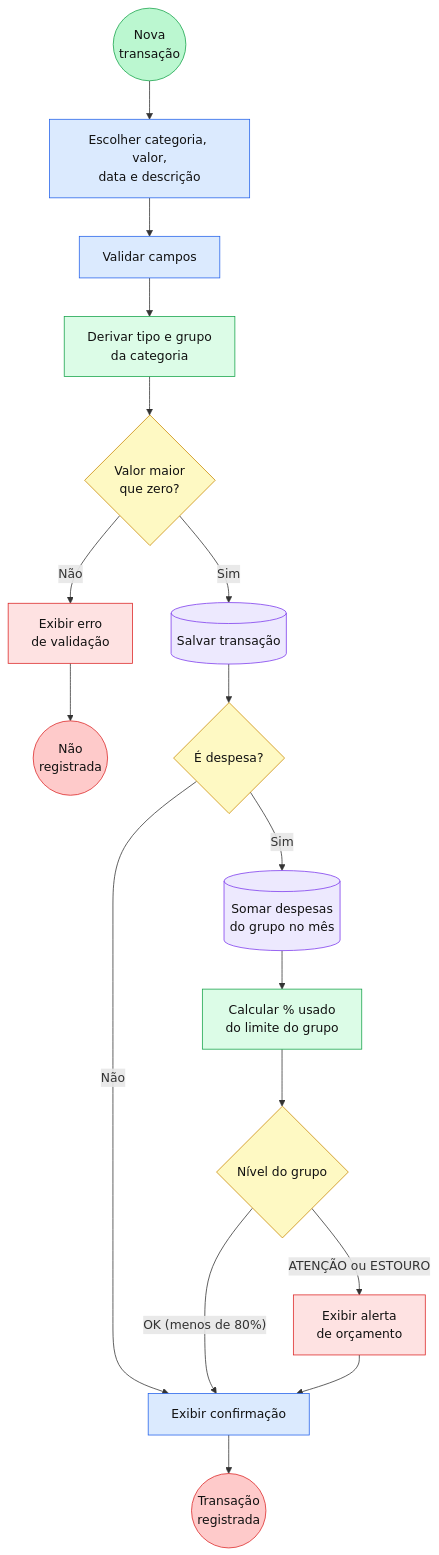
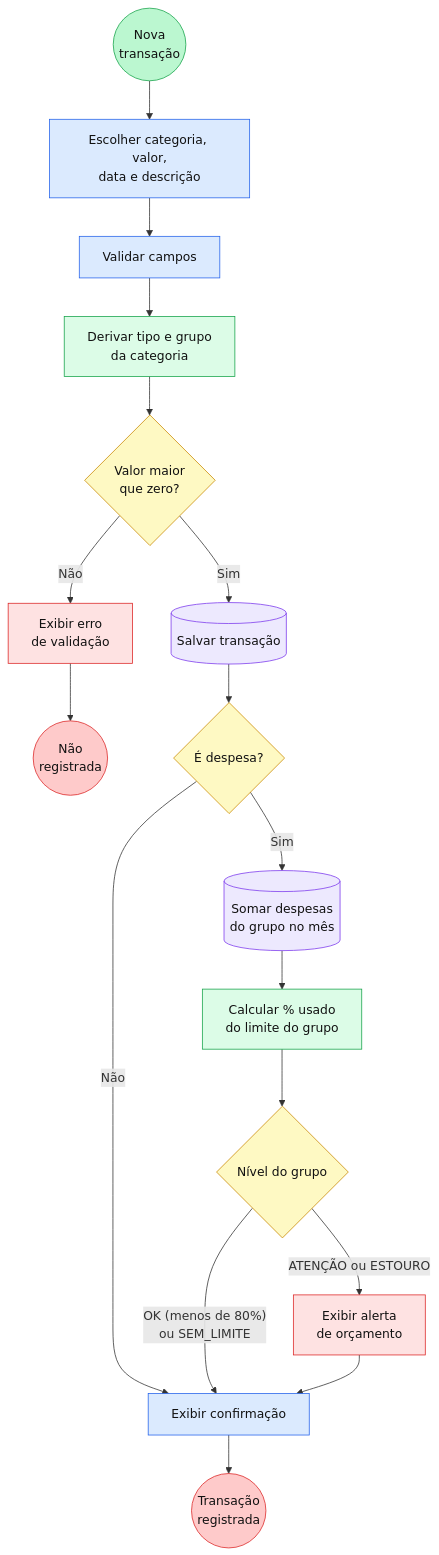
The seventh of 12 diagrams in docs/05-diagramas.md (jmarcosvm/IFO-Organizador-Financeiro), drawn with Mermaid before and after one commit. The commit also changed other lines of this file and 7 other files, not shown here.

Commit message:
docs: corrige diagramas e atualiza o PDF do seminário (R5 parte 4)

````diff
--- a/docs/05-diagramas.md
+++ b/docs/05-diagramas.md
@@ -298,27 +328,27 @@
 ```mermaid
 flowchart TD
     i2(("Nova<br/>transação")):::ini --> u1["Escolher categoria, valor,<br/>data e descrição"]:::usr
     u1 --> f1["Validar campos"]:::usr
     f1 --> b1["Derivar tipo e grupo<br/>da categoria"]:::be
     b1 --> g1{"Valor maior<br/>que zero?"}:::gw
     g1 -- "Não" --> r1["Exibir erro<br/>de validação"]:::alert
     r1 --> e2(("Não<br/>registrada")):::fim
     g1 -- "Sim" --> d1[("Salvar transação")]:::db
     d1 --> g2{"É despesa?"}:::gw
     g2 -- "Não" --> f2["Exibir confirmação"]:::usr
     g2 -- "Sim" --> d2[("Somar despesas<br/>do grupo no mês")]:::db
     d2 --> b2["Calcular % usado<br/>do limite do grupo"]:::be
     b2 --> g3{"Nível do grupo"}:::gw
-    g3 -- "OK (menos de 80%)" --> f2
+    g3 -- "OK (menos de 80%)<br/>ou SEM_LIMITE" --> f2
     g3 -- "ATENÇÃO ou ESTOURO" --> r2["Exibir alerta<br/>de orçamento"]:::alert
     r2 --> f2
     f2 --> e1(("Transação<br/>registrada")):::fim
 
     classDef usr fill:#DBEAFE,stroke:#2563EB,color:#111;
     classDef be fill:#DCFCE7,stroke:#16A34A,color:#111;
     classDef db fill:#EDE9FE,stroke:#7C3AED,color:#111;
     classDef alert fill:#FEE2E2,stroke:#DC2626,color:#111;
     classDef gw fill:#FEF9C3,stroke:#CA8A04,color:#111;
     classDef ini fill:#BBF7D0,stroke:#16A34A,color:#111;
     classDef fim fill:#FECACA,stroke:#DC2626,color:#111;
 ```
````
